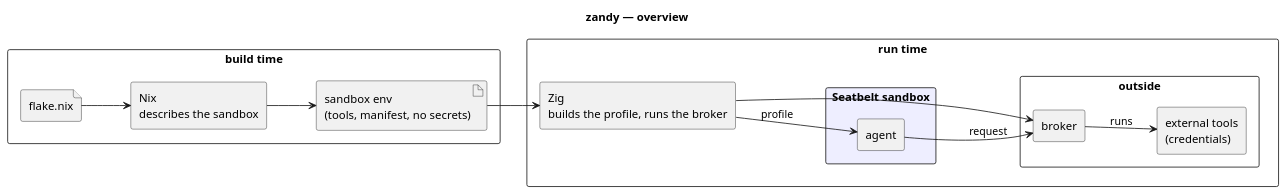
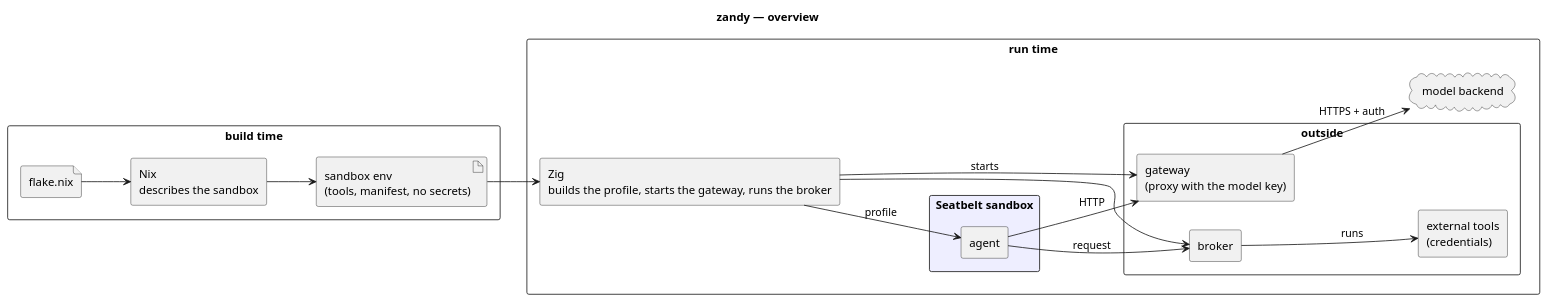
One commit to tbsklg/zandy changed the diagram in docs/overview.puml. Above: the diagram before and after it, drawn with PlantUML. The commit also changed 26 other files, not shown here.

```diff
--- a/docs/overview.puml
+++ b/docs/overview.puml
@@ -1,34 +1,40 @@
 @startuml overview
 title zandy — overview
 
 skinparam shadowing false
 skinparam componentStyle rectangle
 left to right direction
 
 rectangle "build time" {
   file "flake.nix" as Flake
   component "Nix\ndescribes the sandbox" as Nix
   artifact "sandbox env\n(tools, manifest, no secrets)" as SEnv
 }
 
 rectangle "run time" {
-  component "Zig\nbuilds the profile, runs the broker" as Zig
+  component "Zig\nbuilds the profile, starts the gateway, runs the broker" as Zig
 
   rectangle "Seatbelt sandbox" #EEF {
     component "agent" as Agent
   }
 
   rectangle "outside" {
     component "broker" as Broker
     component "external tools\n(credentials)" as Tools
+    component "gateway\n(proxy with the model key)" as Gateway
   }
+
+  cloud "model backend" as Model
 }
 
 Flake --> Nix
 Nix --> SEnv
 SEnv --> Zig
 Zig --> Agent : profile
 Zig --> Broker
 Agent --> Broker : request
 Broker --> Tools : runs
+Zig --> Gateway : starts
+Agent --> Gateway : HTTP
+Gateway --> Model : HTTPS + auth
 @enduml
```
